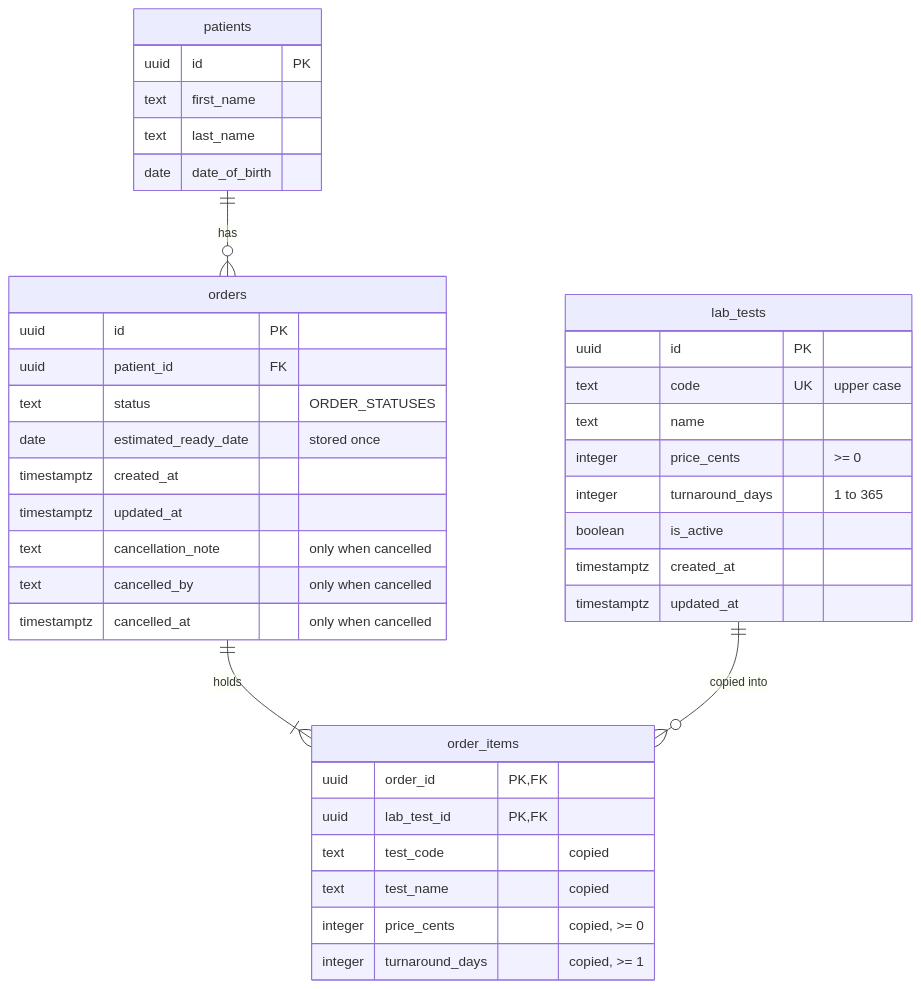
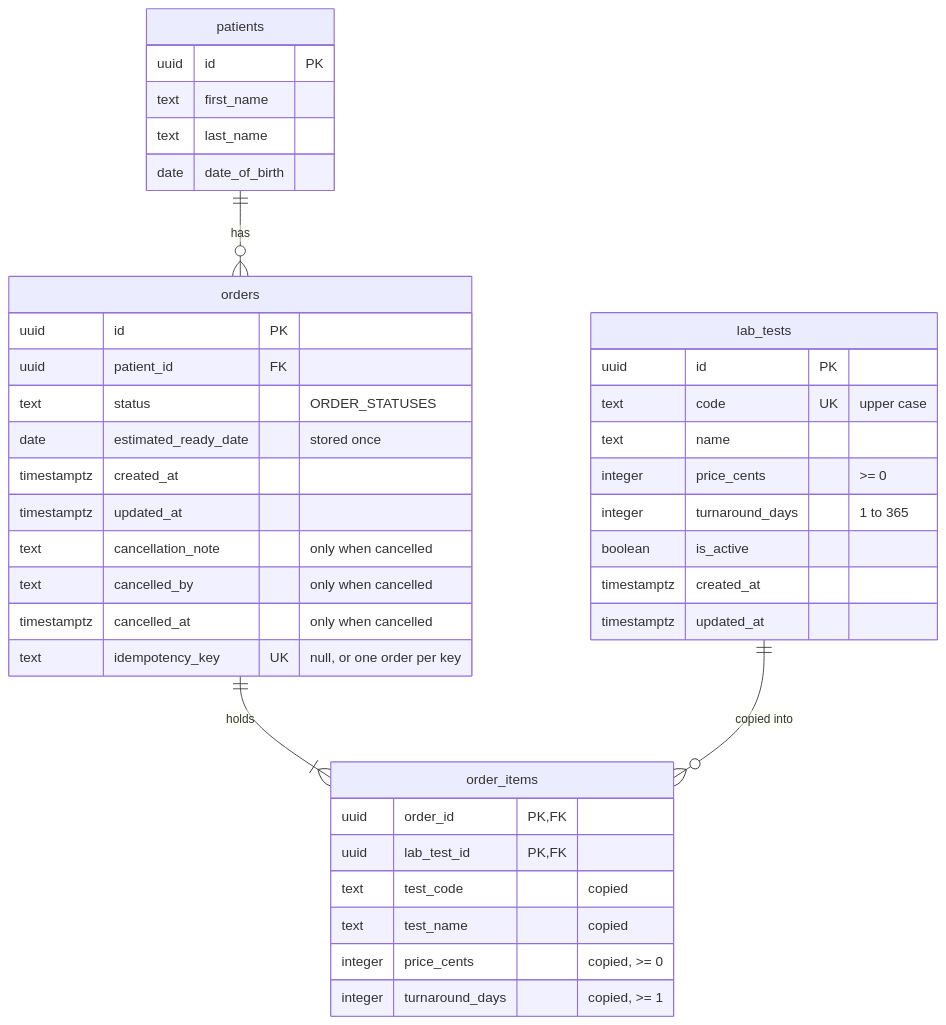
The diagram in docs/data-model.md (spencerolsen/eh-lab-orders-lite), drawn with Mermaid before and after one commit. The commit also changed other lines of this file and 8 other files, not shown here.

````diff
--- a/docs/data-model.md
+++ b/docs/data-model.md
@@ -9,41 +9,42 @@
 ```mermaid
 erDiagram
   lab_tests {
     uuid id PK
     text code UK "upper case"
     text name
     integer price_cents ">= 0"
     integer turnaround_days "1 to 365"
     boolean is_active
     timestamptz created_at
     timestamptz updated_at
   }
   patients {
     uuid id PK
     text first_name
     text last_name
     date date_of_birth
   }
   orders {
     uuid id PK
     uuid patient_id FK
     text status "ORDER_STATUSES"
     date estimated_ready_date "stored once"
     timestamptz created_at
     timestamptz updated_at
     text cancellation_note "only when cancelled"
     text cancelled_by "only when cancelled"
     timestamptz cancelled_at "only when cancelled"
+    text idempotency_key UK "null, or one order per key"
   }
   order_items {
     uuid order_id PK, FK
     uuid lab_test_id PK, FK
     text test_code "copied"
     text test_name "copied"
     integer price_cents "copied, >= 0"
     integer turnaround_days "copied, >= 1"
   }
   patients ||--o{ orders : "has"
   orders ||--|{ order_items : "holds"
   lab_tests ||--o{ order_items : "copied into"
 ```
````
